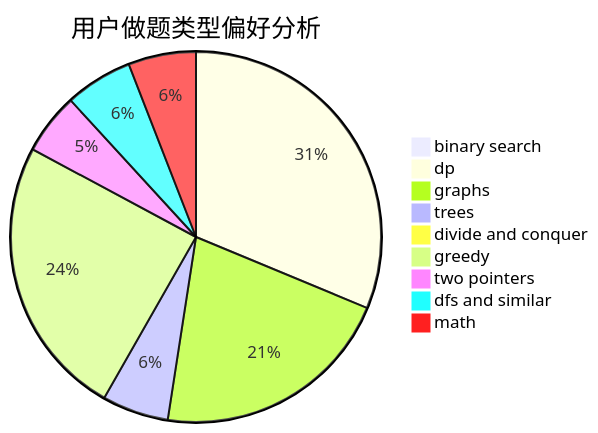
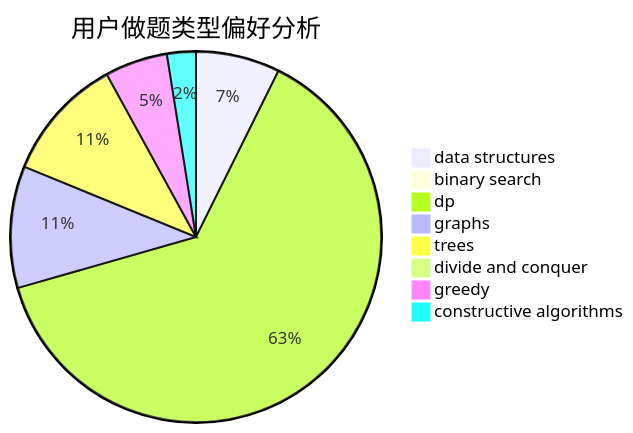
The second of 3 diagrams in docs/user/u1213.md (sherpahu/cfrs.github.io), drawn with Mermaid before and after one commit. The commit also changed other lines of this file and 2775 other files, not shown here.

````diff
--- a/docs/user/u1213.md
+++ b/docs/user/u1213.md
@@ -23,12 +23,11 @@
 ```mermaid
 pie title 用户做题类型偏好分析
-    "binary search" :  9
-    "dp" :  614
-    "graphs" :  416
-    "trees" :  114
-    "divide and conquer" :  6
-    "greedy" :  483
-    "two pointers" :  105
-    "dfs and similar" :  116
-    "math" :  116
+    "data structures" :  67
+    "binary search" :  7
+    "dp" :  578
+    "graphs" :  97
+    "trees" :  99
+    "divide and conquer" :  0
+    "greedy" :  50
+    "constructive algorithms" :  23
 ```
````
